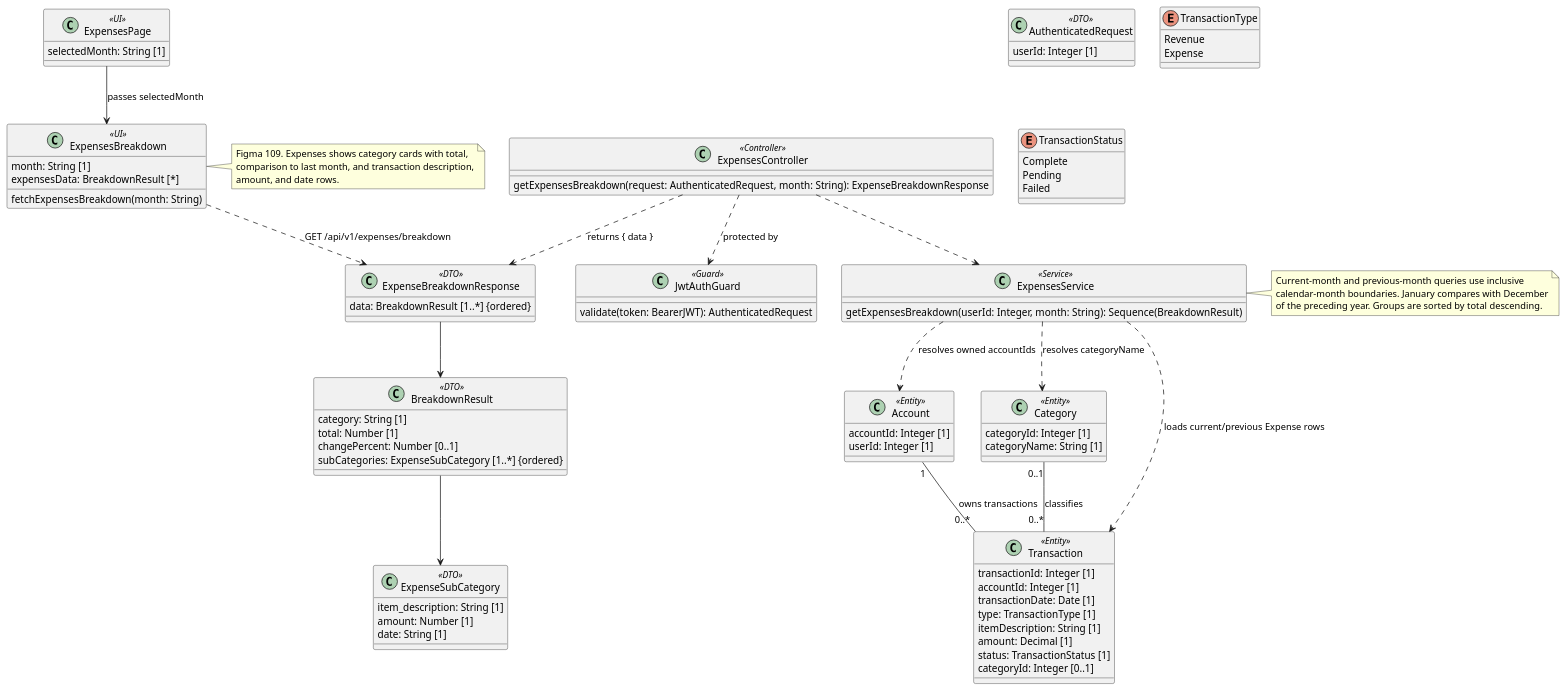
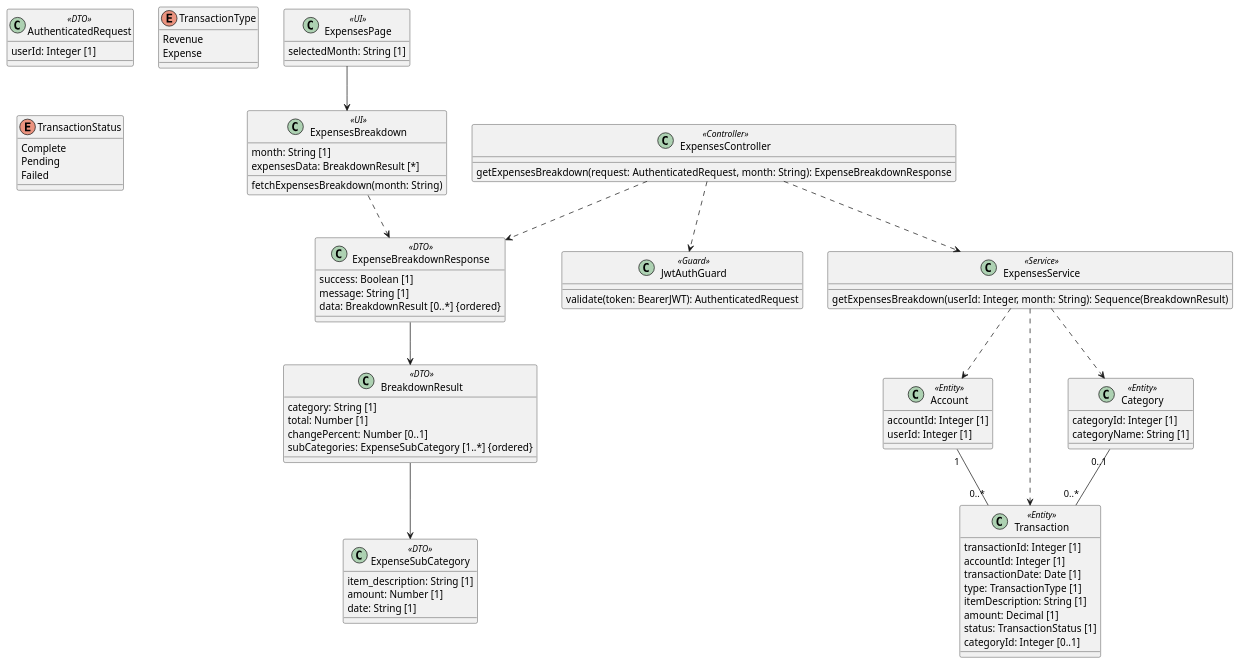
The diagram in docs/01-inception/use-cases/uc-11-view-expenses-by-category.md (tudzct/business-vibe-coding), drawn with PlantUML before and after one commit. The commit also changed other lines of this file and 25 other files, not shown here.

```diff
--- a/docs/01-inception/use-cases/uc-11-view-expenses-by-category.md
+++ b/docs/01-inception/use-cases/uc-11-view-expenses-by-category.md
@@ -153,7 +151,9 @@
 }
 
 class ExpenseBreakdownResponse <<DTO>> {
-  data: BreakdownResult [1..*] {ordered}
+  success: Boolean [1]
+  message: String [1]
+  data: BreakdownResult [0..*] {ordered}
 }
 
 class JwtAuthGuard <<Guard>> {
@@ -178,30 +178,18 @@
   fetchExpensesBreakdown(month: String)
 }
 
-Account "1" -- "0..*" Transaction : owns transactions
-Category "0..1" -- "0..*" Transaction : classifies
-ExpensesController ..> JwtAuthGuard : protected by
+Account "1" -- "0..*" Transaction
+Category "0..1" -- "0..*" Transaction
+ExpensesController ..> JwtAuthGuard
 ExpensesController ..> ExpensesService
-ExpensesController ..> ExpenseBreakdownResponse : returns { data }
-ExpensesService ..> Account : resolves owned accountIds
-ExpensesService ..> Transaction : loads current/previous Expense rows
-ExpensesService ..> Category : resolves categoryName
+ExpensesController ..> ExpenseBreakdownResponse
+ExpensesService ..> Account
+ExpensesService ..> Transaction
+ExpensesService ..> Category
 ExpenseBreakdownResponse --> BreakdownResult
 BreakdownResult --> ExpenseSubCategory
-ExpensesPage --> ExpensesBreakdown : passes selectedMonth
-ExpensesBreakdown ..> ExpenseBreakdownResponse : GET /api/v1/expenses/breakdown
-
-note right of ExpensesService
-  Current-month and previous-month queries use inclusive
-  calendar-month boundaries. January compares with December
-  of the preceding year. Groups are sorted by total descending.
-end note
-
-note right of ExpensesBreakdown
-  Figma 109. Expenses shows category cards with total,
-  comparison to last month, and transaction description,
-  amount, and date rows.
-end note
+ExpensesPage --> ExpensesBreakdown
+ExpensesBreakdown ..> ExpenseBreakdownResponse
 
 @enduml
 ~~~
```
